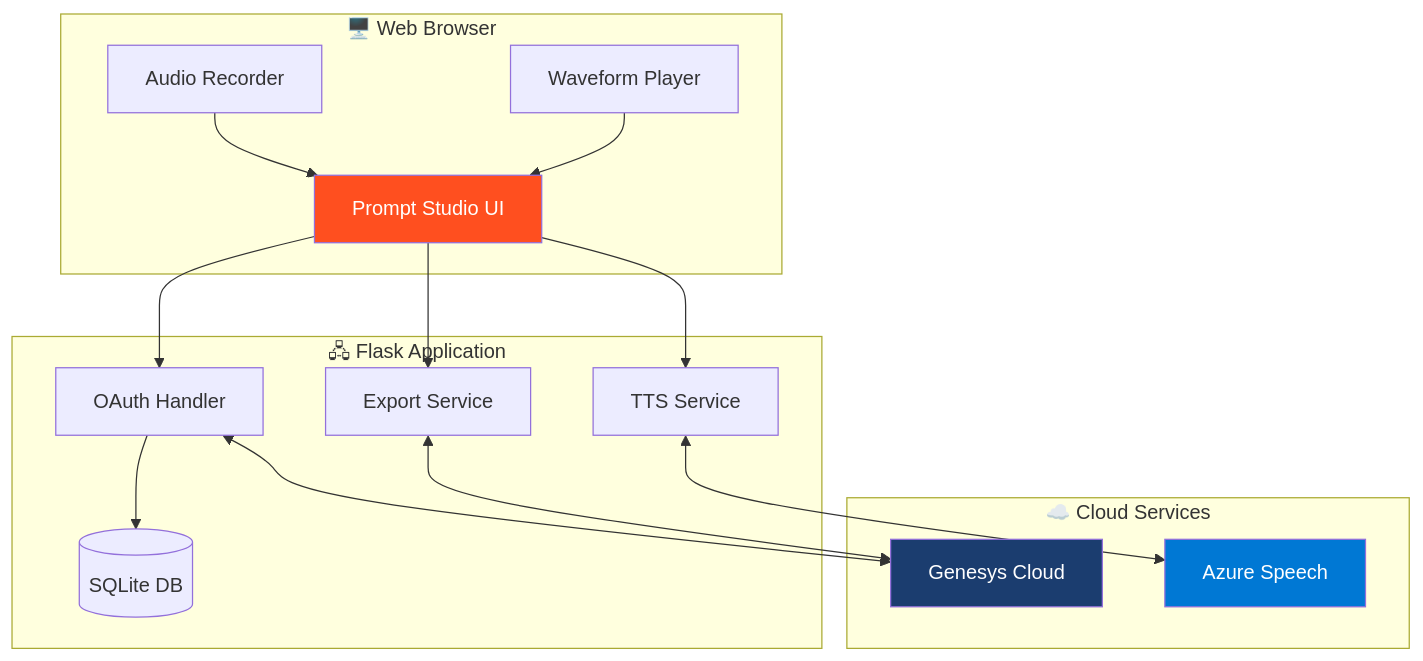
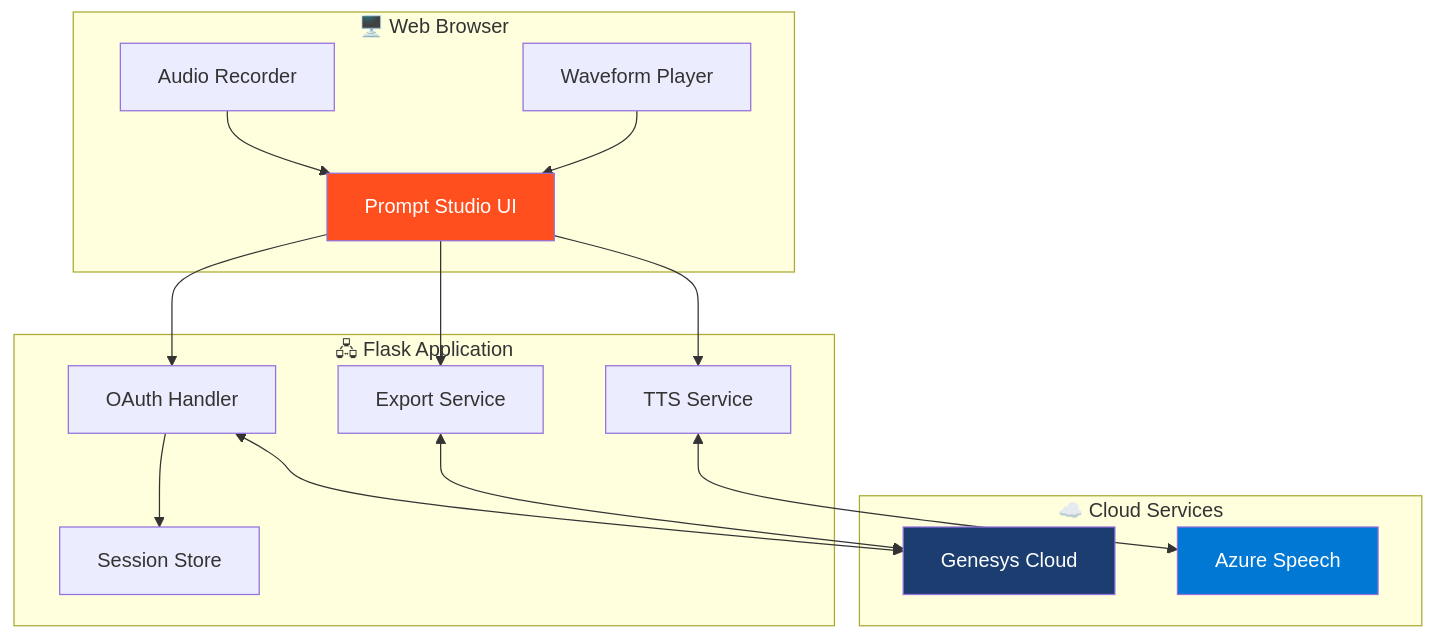
Before and after one commit to PilviContactCenter/GC_PromptGeneration: the third of 4 diagrams in README.md, drawn with Mermaid. The commit also changed other lines of this file and 2 other files, not shown here.

Commit message:
feat: Remove database models and update README to reflect a shift to session-based authentication.

````diff
--- a/README.md
+++ b/README.md
@@ -101,35 +101,35 @@
 ```mermaid
 flowchart TB
     subgraph Client["🖥️ Web Browser"]
         UI["Prompt Studio UI"]
         REC["Audio Recorder"]
         WAVE["Waveform Player"]
     end
     
     subgraph Server["🖧 Flask Application"]
         AUTH["OAuth Handler"]
         TTS["TTS Service"]
         EXP["Export Service"]
-        DB[("SQLite DB")]
+        SESS["Session Store"]
     end
     
     subgraph External["☁️ Cloud Services"]
         GC["Genesys Cloud"]
         AZURE["Azure Speech"]
     end
     
     UI --> AUTH
     UI --> TTS
     UI --> EXP
     REC --> UI
     WAVE --> UI
     
     AUTH <--> GC
     TTS <--> AZURE
     EXP <--> GC
-    AUTH --> DB
+    AUTH --> SESS
     
     style GC fill:#1b3d6f,color:#fff
     style AZURE fill:#0078d4,color:#fff
     style UI fill:#ff4f1f,color:#fff
 ```
````
